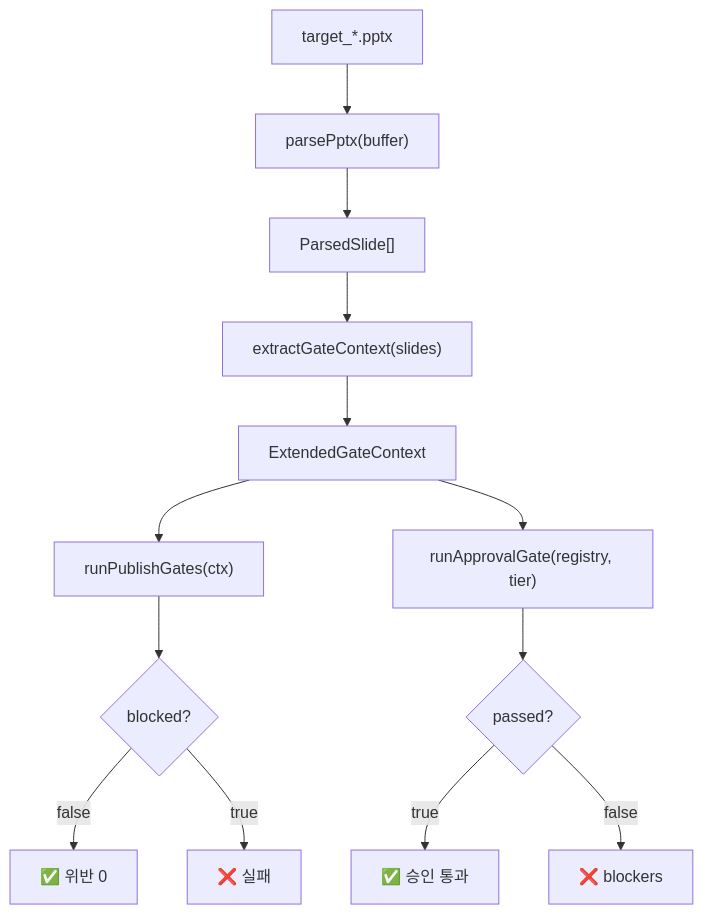
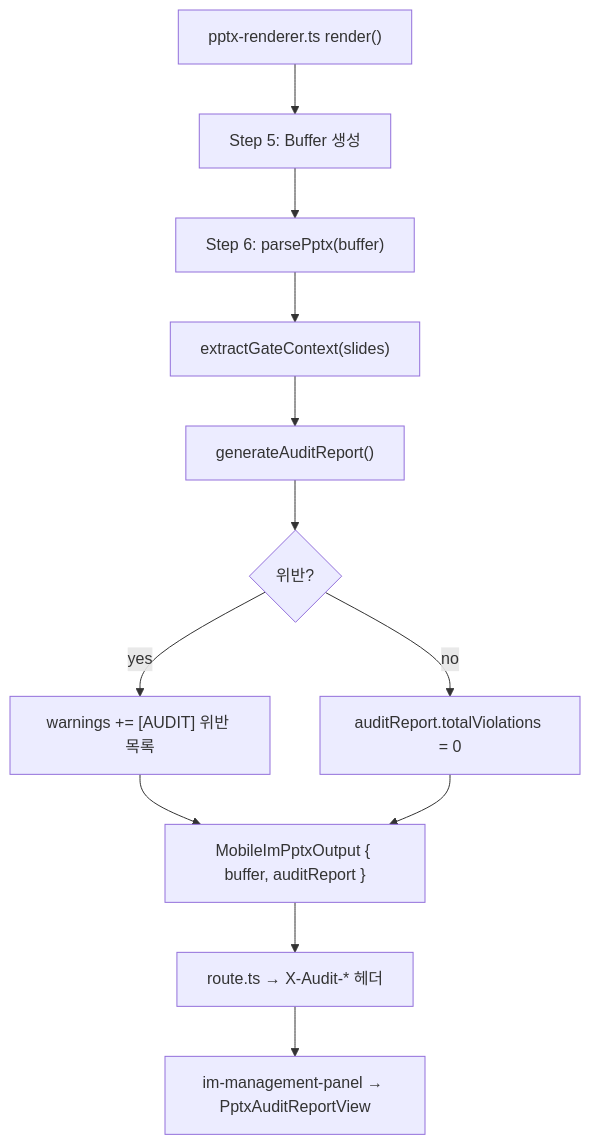
The first of 2 diagrams in docs/impipe/04_MODEL_GOLDEN_IM_REQUIREMENTS.md (kboom8002/cre-dealcard), drawn with Mermaid before and after one commit. The commit also changed other lines of this file, not shown here.

````diff
--- a/docs/impipe/04_MODEL_GOLDEN_IM_REQUIREMENTS.md
+++ b/docs/impipe/04_MODEL_GOLDEN_IM_REQUIREMENTS.md
@@ -253,16 +246,14 @@
 ```mermaid
 flowchart TD
-    A["target_*.pptx"] --> B["parsePptx(buffer)"]
-    B --> C["ParsedSlide[]"]
-    C --> D["extractGateContext(slides)"]
-    D --> E["ExtendedGateContext"]
-    E --> F["runPublishGates(ctx)"]
-    F --> G{"blocked?"}
-    G -- false --> H["✅ 위반 0"]
-    G -- true --> I["❌ 실패"]
-
-    E --> J["runApprovalGate(registry, tier)"]
-    J --> K{"passed?"}
-    K -- true --> L["✅ 승인 통과"]
-    K -- false --> M["❌ blockers"]
+    R["pptx-renderer.ts render()"] --> B["Step 5: Buffer 생성"]
+    B --> P["Step 6: parsePptx(buffer)"]
+    P --> E["extractGateContext(slides)"]
+    E --> G["generateAuditReport()"]
+    G --> W{"위반?"}
+    W -- yes --> WA["warnings += [AUDIT] 위반 목록"]
+    W -- no --> OK["auditReport.totalViolations = 0"]
+    WA --> OUT["MobileImPptxOutput { buffer, auditReport }"]
+    OK --> OUT
+    OUT --> API["route.ts → X-Audit-* 헤더"]
+    API --> UI["im-management-panel → PptxAuditReportView"]
 ```
````
